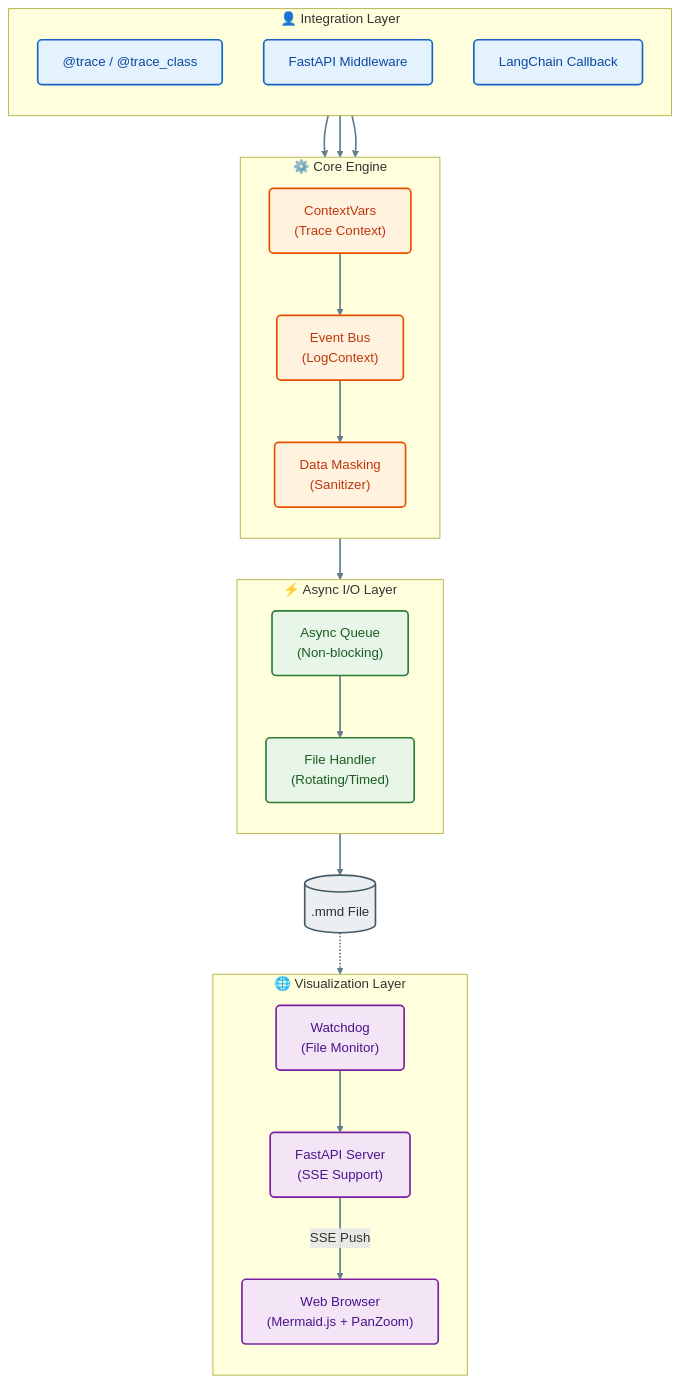
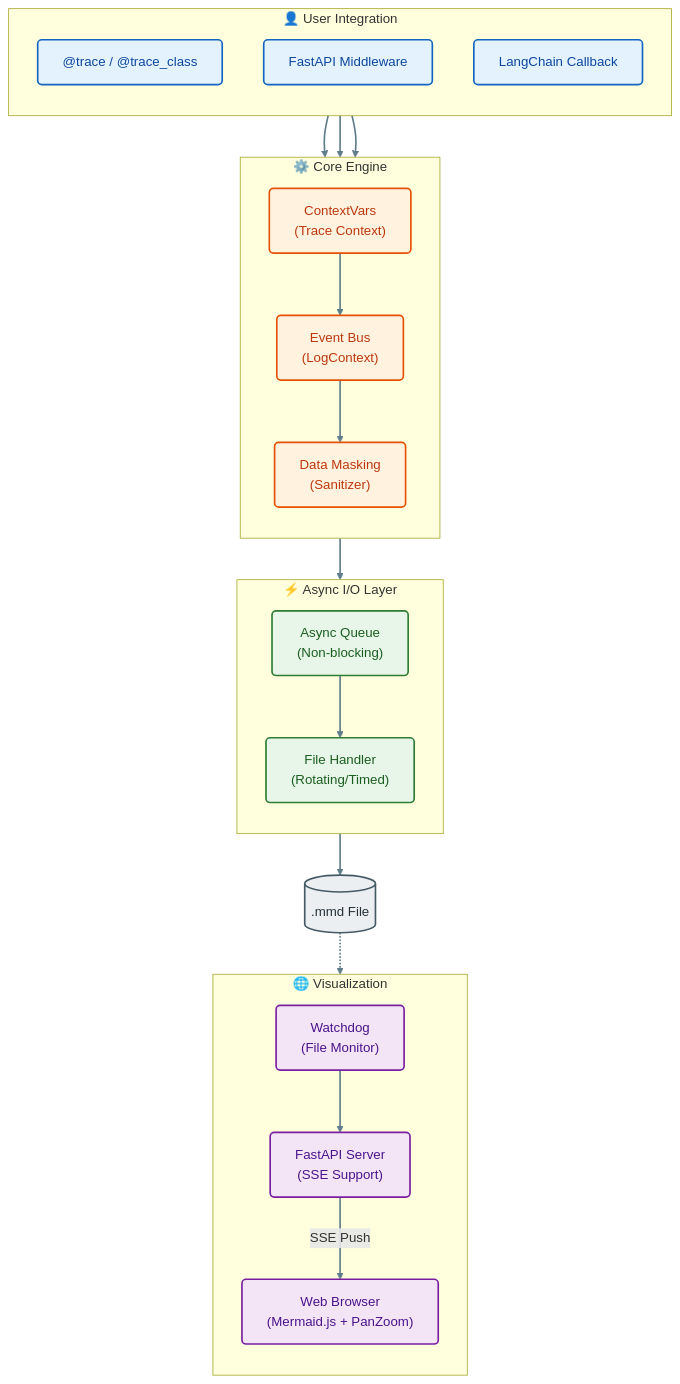
Before and after one commit to xt765/mermaid-trace: the first of 3 diagrams in README.md, drawn with Mermaid. The commit also changed other lines of this file and 2 other files, not shown here.

Commit message:
docs: update architecture diagram in READMEs with enhanced style

````diff
--- a/README.md
+++ b/README.md
@@ -25,54 +27,54 @@
 ```mermaid
 flowchart TB
     %% Style Definitions
     classDef userLayer fill:#e3f2fd,stroke:#1565c0,stroke-width:2px,color:#0d47a1,rx:5,ry:5
     classDef coreLayer fill:#fff3e0,stroke:#e65100,stroke-width:2px,color:#bf360c,rx:5,ry:5
     classDef ioLayer fill:#e8f5e9,stroke:#2e7d32,stroke-width:2px,color:#1b5e20,rx:5,ry:5
     classDef vizLayer fill:#f3e5f5,stroke:#7b1fa2,stroke-width:2px,color:#4a148c,rx:5,ry:5
     classDef storage fill:#eceff1,stroke:#455a64,stroke-width:2px,color:#263238,shape:cyl
 
-    subgraph User["👤 Integration Layer"]
+    subgraph User["👤 User Integration"]
         direction TB
         Decorator["@trace / @trace_class"]:::userLayer
         Middleware["FastAPI Middleware"]:::userLayer
         Callback["LangChain Callback"]:::userLayer
     end
 
     subgraph Core["⚙️ Core Engine"]
         direction TB
         Context["ContextVars<br/>(Trace Context)"]:::coreLayer
         EventBus["Event Bus<br/>(LogContext)"]:::coreLayer
         Masker["Data Masking<br/>(Sanitizer)"]:::coreLayer
     end
 
     subgraph IO["⚡ Async I/O Layer"]
         direction TB
         Queue["Async Queue<br/>(Non-blocking)"]:::ioLayer
         Writer["File Handler<br/>(Rotating/Timed)"]:::ioLayer
     end
 
     Storage[(".mmd File")]:::storage
 
-    subgraph Viz["🌐 Visualization Layer"]
+    subgraph Viz["🌐 Visualization"]
         direction TB
         Watcher["Watchdog<br/>(File Monitor)"]:::vizLayer
         Server["FastAPI Server<br/>(SSE Support)"]:::vizLayer
         Browser["Web Browser<br/>(Mermaid.js + PanZoom)"]:::vizLayer
     end
 
     %% Data Flow
     Decorator --> Context
     Middleware --> Context
     Callback --> Context
     Context --> EventBus
     EventBus --> Masker
     Masker --> Queue
     Queue --> Writer
     Writer --> Storage
     Storage -.-> Watcher
     Watcher --> Server
     Server == "SSE Push" ==> Browser
 
-    %% Link Style
+    %% Link Styles
     linkStyle default stroke:#607d8b,stroke-width:2px
 ```
````
